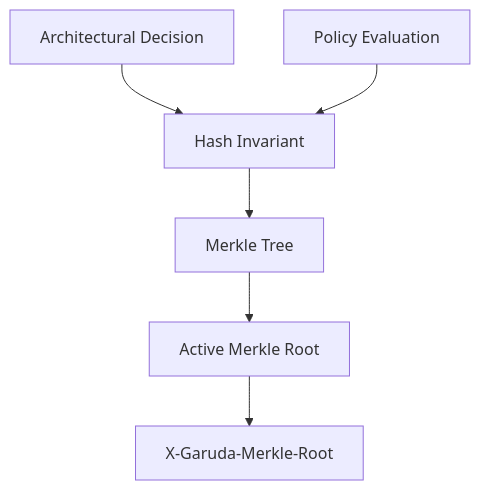
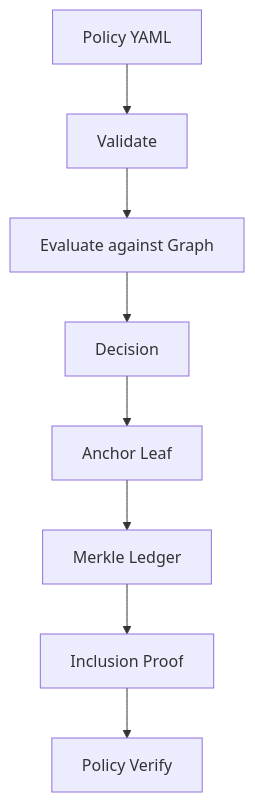
Before and after one commit to myshra777-ai/garuda: the third of 5 diagrams in README.md, drawn with Mermaid. The commit also changed other lines of this file, not shown here.

````diff
--- a/README.md
+++ b/README.md
@@ -275,8 +209,10 @@
 ```mermaid
 flowchart TD
-    DECISION["Architectural Decision"] --> HASH["Hash Invariant"]
-    POLICY["Policy Evaluation"] --> HASH
-    HASH --> TREE["Merkle Tree"]
-    TREE --> ROOT["Active Merkle Root"]
-    ROOT --> HEADER["X-Garuda-Merkle-Root"]
+    YAML["Policy YAML"] --> VALIDATE["Validate"]
+    VALIDATE --> EVAL["Evaluate against Graph"]
+    EVAL --> DECISION["Decision"]
+    DECISION --> ANCHOR["Anchor Leaf"]
+    ANCHOR --> MERKLE["Merkle Ledger"]
+    MERKLE --> PROOF["Inclusion Proof"]
+    PROOF --> VERIFY["Policy Verify"]
 ```
````
